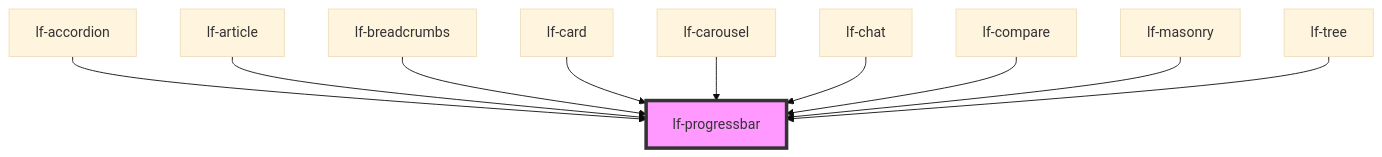
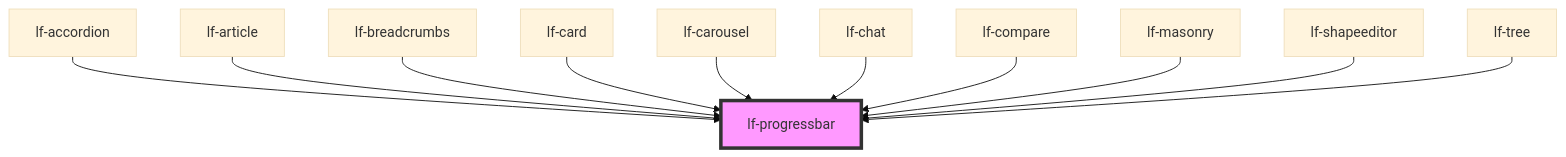
One commit to lucafoscili/lf-widgets changed the diagram in packages/core/src/components/lf-progressbar/readme.md. Above: the diagram before and after it, drawn with Mermaid (base theme). The commit also changed other lines of this file and 27 other files, not shown here.

````diff
--- a/packages/core/src/components/lf-progressbar/readme.md
+++ b/packages/core/src/components/lf-progressbar/readme.md
@@ -118,13 +119,14 @@
 ```mermaid
 graph TD;
   lf-accordion --> lf-progressbar
   lf-article --> lf-progressbar
   lf-breadcrumbs --> lf-progressbar
   lf-card --> lf-progressbar
   lf-carousel --> lf-progressbar
   lf-chat --> lf-progressbar
   lf-compare --> lf-progressbar
   lf-masonry --> lf-progressbar
+  lf-shapeeditor --> lf-progressbar
   lf-tree --> lf-progressbar
   style lf-progressbar fill:#f9f,stroke:#333,stroke-width:4px
 ```
````
